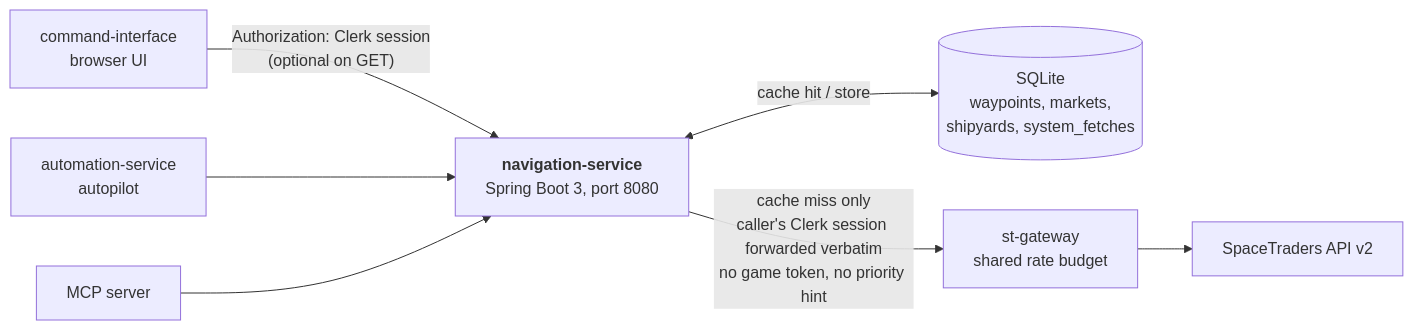
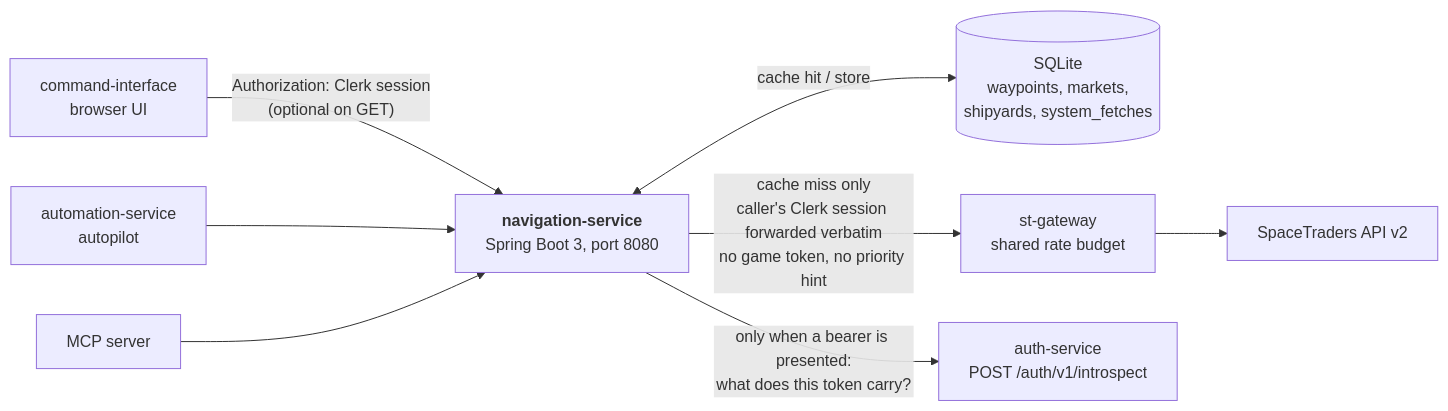
One commit to V-M-Pioneer-Trading/navigation-service changed the first of 3 diagrams in README.md. Above: the diagram before and after it, drawn with Mermaid. The commit also changed other lines of this file and 69 other files, not shown here.

First line of the commit message:
Ask auth-service what a token carries; refresh needs universe:refresh (meta#80 step 7) (#22)

````diff
--- a/README.md
+++ b/README.md
@@ -27,19 +27,21 @@
 ```mermaid
 flowchart LR
     UI["command-interface<br/>browser UI"]
     AUTO["automation-service<br/>autopilot"]
     MCP["MCP server"]
 
     NAV["<b>navigation-service</b><br/>Spring Boot 3, port 8080"]
     DB[("SQLite<br/>waypoints, markets,<br/>shipyards, system_fetches")]
     GW["st-gateway<br/>shared rate budget"]
     ST["SpaceTraders API v2"]
+    AUTH["auth-service<br/>POST /auth/v1/introspect"]
 
     UI -->|"Authorization: Clerk session<br/>(optional on GET)"| NAV
     AUTO --> NAV
     MCP --> NAV
 
+    NAV -->|"only when a bearer is presented:<br/>what does this token carry?"| AUTH
     NAV <-->|"cache hit / store"| DB
     NAV -->|"cache miss only<br/>caller's Clerk session forwarded verbatim<br/>no game token, no priority hint"| GW
     GW --> ST
 ```
````
